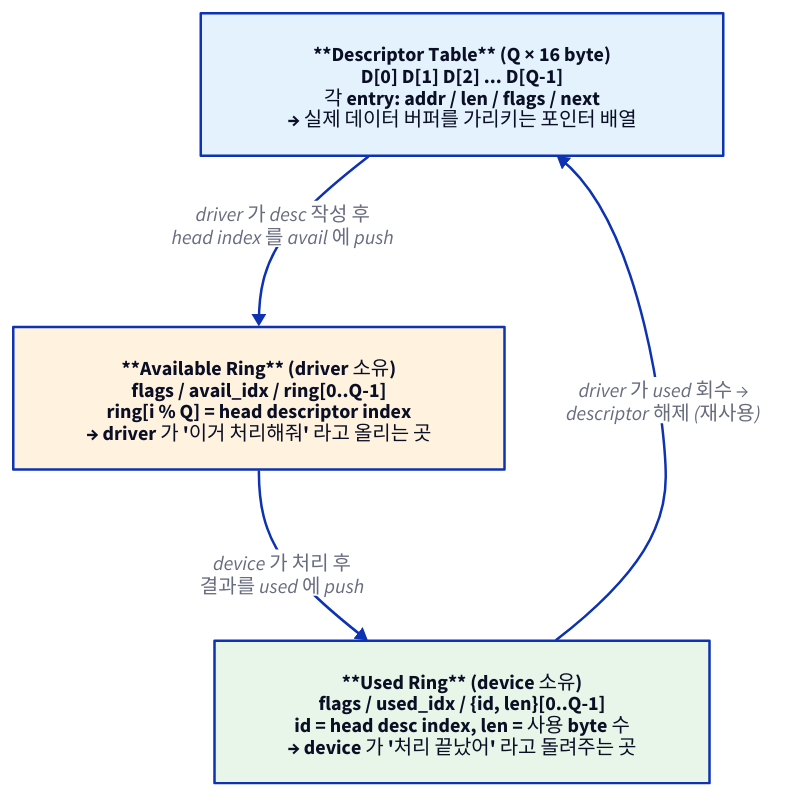
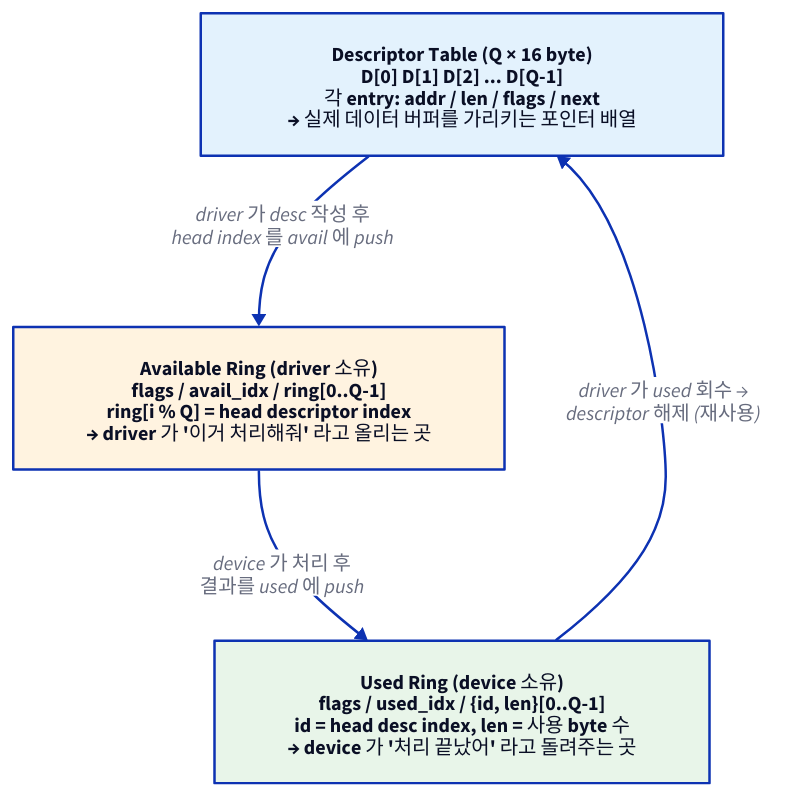
One commit to humbleowl39/DV_SKOOL changed the first of 3 diagrams in starlight_site/src/content/docs/virtualization/04_io_virtualization.md. Above: the diagram before and after it, drawn with D2. The commit also changed other lines of this file and 714 other files, not shown here.

First line of the commit message:
fix(site): d2 다이어그램 가독성 결함 6종 일괄 수정

````diff
--- a/starlight_site/src/content/docs/virtualization/04_io_virtualization.md
+++ b/starlight_site/src/content/docs/virtualization/04_io_virtualization.md
@@ -384,19 +384,19 @@
 ```d2
 direction: down
 
-DT: "**Descriptor Table** (Q × 16 byte)\nD[0] D[1] D[2] ... D[Q-1]\n각 entry: addr / len / flags / next\n→ 실제 데이터 버퍼를 가리키는 포인터 배열" {
+DT: "Descriptor Table (Q × 16 byte)\nD[0] D[1] D[2] ... D[Q-1]\n각 entry: addr / len / flags / next\n→ 실제 데이터 버퍼를 가리키는 포인터 배열" {
   style.fill: "#e3f2fd"
   style.font-color: "#0A0F25"
 }
-AV: "**Available Ring** (driver 소유)\nflags / avail_idx / ring[0..Q-1]\nring[i % Q] = head descriptor index\n→ driver 가 '이거 처리해줘' 라고 올리는 곳" {
+AV: "Available Ring (driver 소유)\nflags / avail_idx / ring[0..Q-1]\nring[i % Q] = head descriptor index\n→ driver 가 '이거 처리해줘' 라고 올리는 곳" {
   style.fill: "#fff3e0"
   style.font-color: "#0A0F25"
 }
-US: "**Used Ring** (device 소유)\nflags / used_idx / {id, len}[0..Q-1]\nid = head desc index, len = 사용 byte 수\n→ device 가 '처리 끝났어' 라고 돌려주는 곳" {
+US: "Used Ring (device 소유)\nflags / used_idx / {id, len}[0..Q-1]\nid = head desc index, len = 사용 byte 수\n→ device 가 '처리 끝났어' 라고 돌려주는 곳" {
   style.fill: "#e8f5e9"
   style.font-color: "#0A0F25"
 }
 DT -> AV: "driver 가 desc 작성 후\nhead index 를 avail 에 push"
 AV -> US: "device 가 처리 후\n결과를 used 에 push"
 US -> DT: "driver 가 used 회수 →\ndescriptor 해제 (재사용)"
 ```
````
